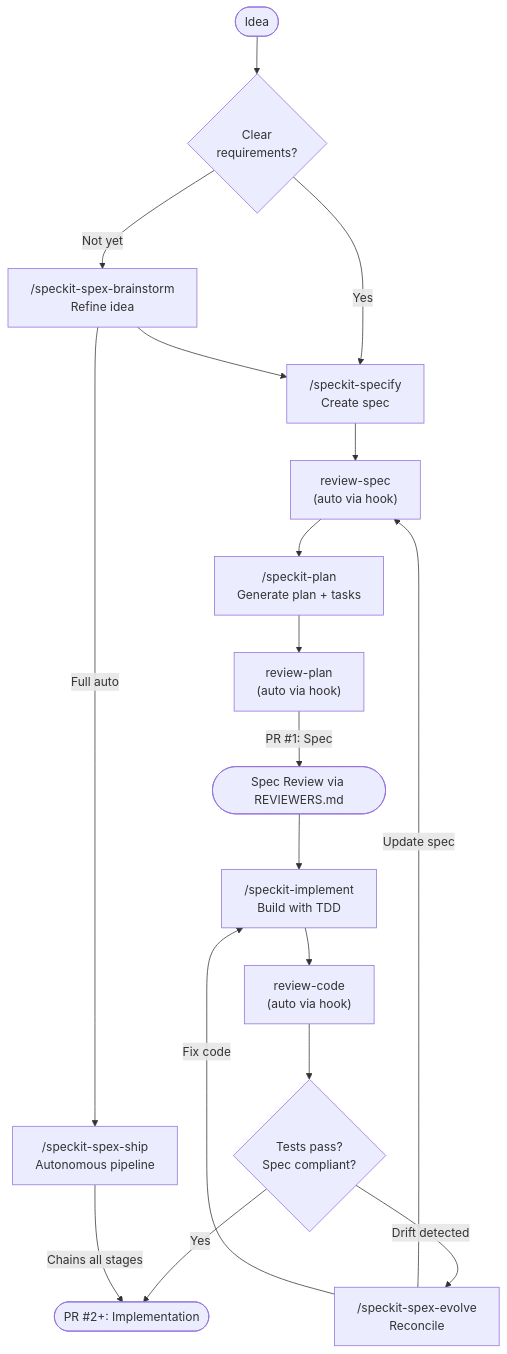
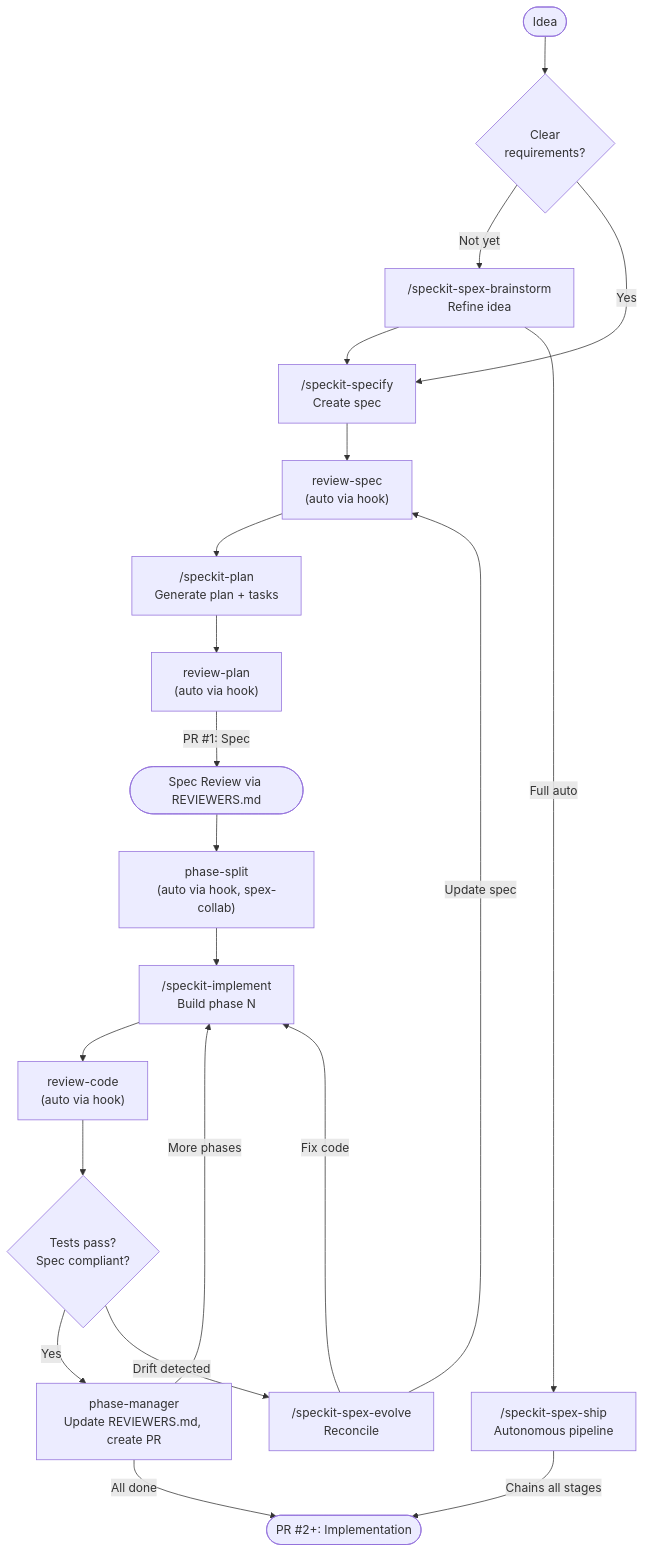
Before and after one commit to rhuss/cc-sdd: the diagram in README.md, drawn with Mermaid. The commit also changed other lines of this file and 1 other file, not shown here.

First line of the commit message:
docs: Update README workflow for spex-collab, add doc maintenance rule

````diff
--- a/README.md
+++ b/README.md
@@ -79,30 +82,33 @@
 ```mermaid
 flowchart TD
     Start([Idea]) --> HasClarity{Clear<br>requirements?}
 
     HasClarity -->|Not yet| Brainstorm["/speckit-spex-brainstorm<br>Refine idea"]
     HasClarity -->|Yes| Specify["/speckit-specify<br>Create spec"]
 
     Brainstorm --> Specify
     Brainstorm -->|Full auto| Ship["/speckit-spex-ship<br>Autonomous pipeline"]
 
     Specify --> ReviewSpec["review-spec<br>(auto via hook)"]
     ReviewSpec --> Plan["/speckit-plan<br>Generate plan + tasks"]
     Plan --> ReviewPlan["review-plan<br>(auto via hook)"]
 
     ReviewPlan -->|PR #1: Spec| SpecPR([Spec Review via REVIEWERS.md])
 
-    SpecPR --> Implement["/speckit-implement<br>Build with TDD"]
+    SpecPR --> PhaseSplit["phase-split<br>(auto via hook, spex-collab)"]
+    PhaseSplit --> Implement["/speckit-implement<br>Build phase N"]
     Implement --> ReviewCode["review-code<br>(auto via hook)"]
 
     ReviewCode --> Verify{Tests pass?<br>Spec compliant?}
 
-    Verify -->|Yes| ImplPR([PR #2+: Implementation])
+    Verify -->|Yes| PhaseManager["phase-manager<br>Update REVIEWERS.md, create PR"]
+    PhaseManager -->|"More phases"| Implement
+    PhaseManager -->|"All done"| ImplPR([PR #2+: Implementation])
     Verify -->|Drift detected| Evolve["/speckit-spex-evolve<br>Reconcile"]
 
     Evolve -->|"Update spec"| ReviewSpec
     Evolve -->|"Fix code"| Implement
 
     Ship -->|Chains all stages| ImplPR
 
 ```
````
